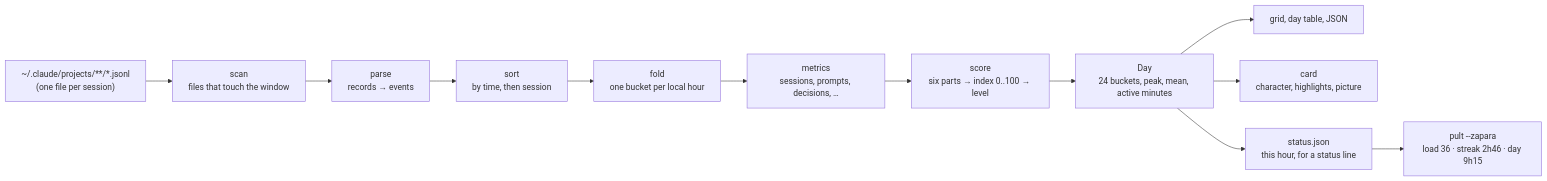
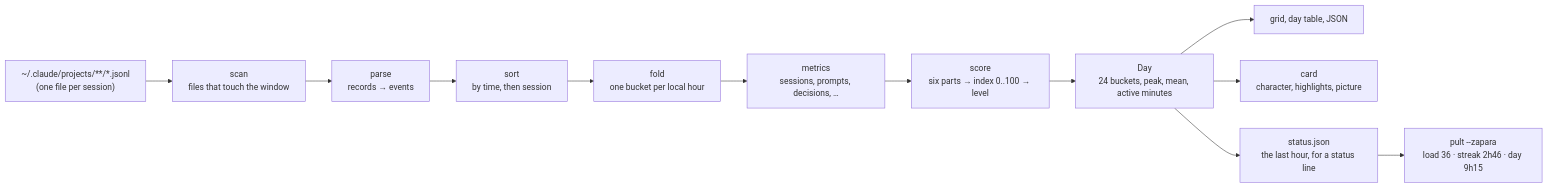
The diagram in docs/how-the-numbers-are-made.md (drakulavich/zapara), drawn with Mermaid before and after one commit. The commit also changed other lines of this file and 9 other files, not shown here.

First line of the commit message:
The status file's index is the last sixty minutes, not the calendar hour (#43)

````diff
--- a/docs/how-the-numbers-are-made.md
+++ b/docs/how-the-numbers-are-made.md
@@ -9,14 +9,14 @@
 ```mermaid
 flowchart LR
   T["~/.claude/projects/**/*.jsonl<br/>(one file per session)"] --> S["scan<br/>files that touch the window"]
   S --> P["parse<br/>records → events"]
   P --> O["sort<br/>by time, then session"]
   O --> F["fold<br/>one bucket per local hour"]
   F --> M["metrics<br/>sessions, prompts, decisions, …"]
   M --> X["score<br/>six parts → index 0..100 → level"]
   X --> D["Day<br/>24 buckets, peak, mean, active minutes"]
   D --> G["grid, day table, JSON"]
   D --> C["card<br/>character, highlights, picture"]
-  D --> ST["status.json<br/>this hour, for a status line"]
+  D --> ST["status.json<br/>the last hour, for a status line"]
   ST --> PU["pult --zapara<br/>load 36 · streak 2h46 · day 9h15"]
 ```
````
